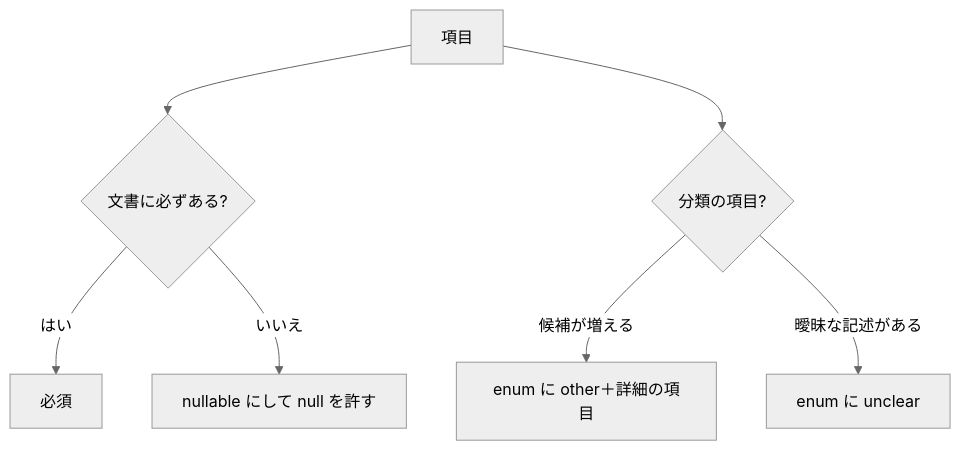
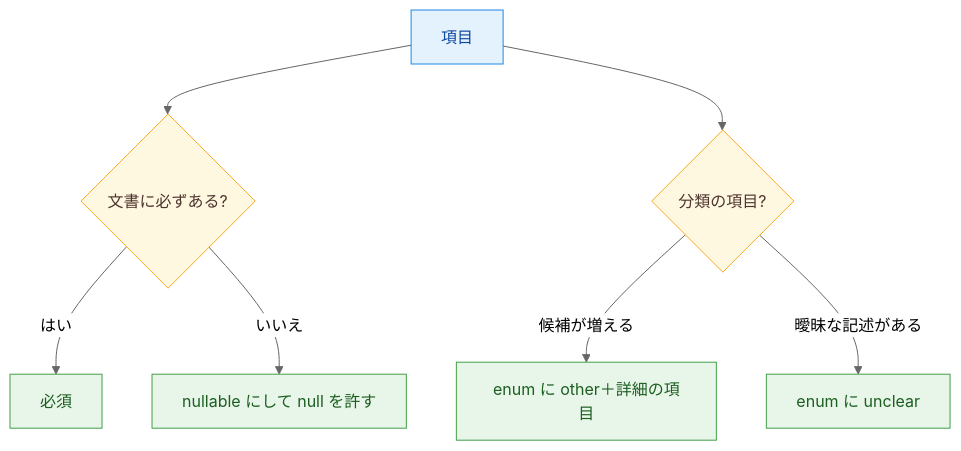
The diagram in ccaf/notes/04-prompt-engineering/extraction-schema-design.md (yuya-take/yuya-exam-notes), drawn with Mermaid (neutral theme) before and after one commit. The commit also changed other lines of this file and 50 other files, not shown here.

````diff
--- a/ccaf/notes/04-prompt-engineering/extraction-schema-design.md
+++ b/ccaf/notes/04-prompt-engineering/extraction-schema-design.md
@@ -37,9 +12,15 @@
 ```mermaid
 flowchart TD
   A[項目] --> B{文書に必ずある?}
   B -- はい --> C[必須]
   B -- いいえ --> D[nullable にして null を許す]
   A --> E{分類の項目?}
   E -- 候補が増える --> F[enum に other＋詳細の項目]
   E -- 曖昧な記述がある --> G[enum に unclear]
+  classDef run fill:#e3f2fd,stroke:#1e88e5,color:#0d47a1
+  classDef judge fill:#fff8e1,stroke:#f9a825,color:#4e342e
+  classDef done fill:#e8f5e9,stroke:#43a047,color:#1b5e20
+  class A run
+  class B,E judge
+  class C,D,F,G done
 ```
````
